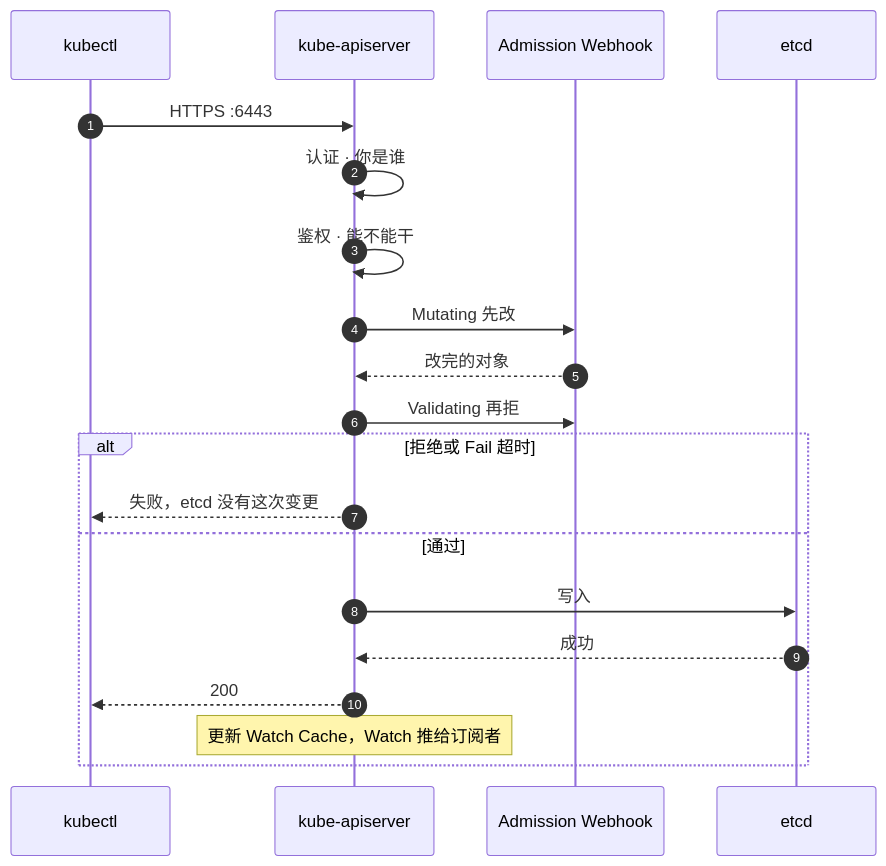
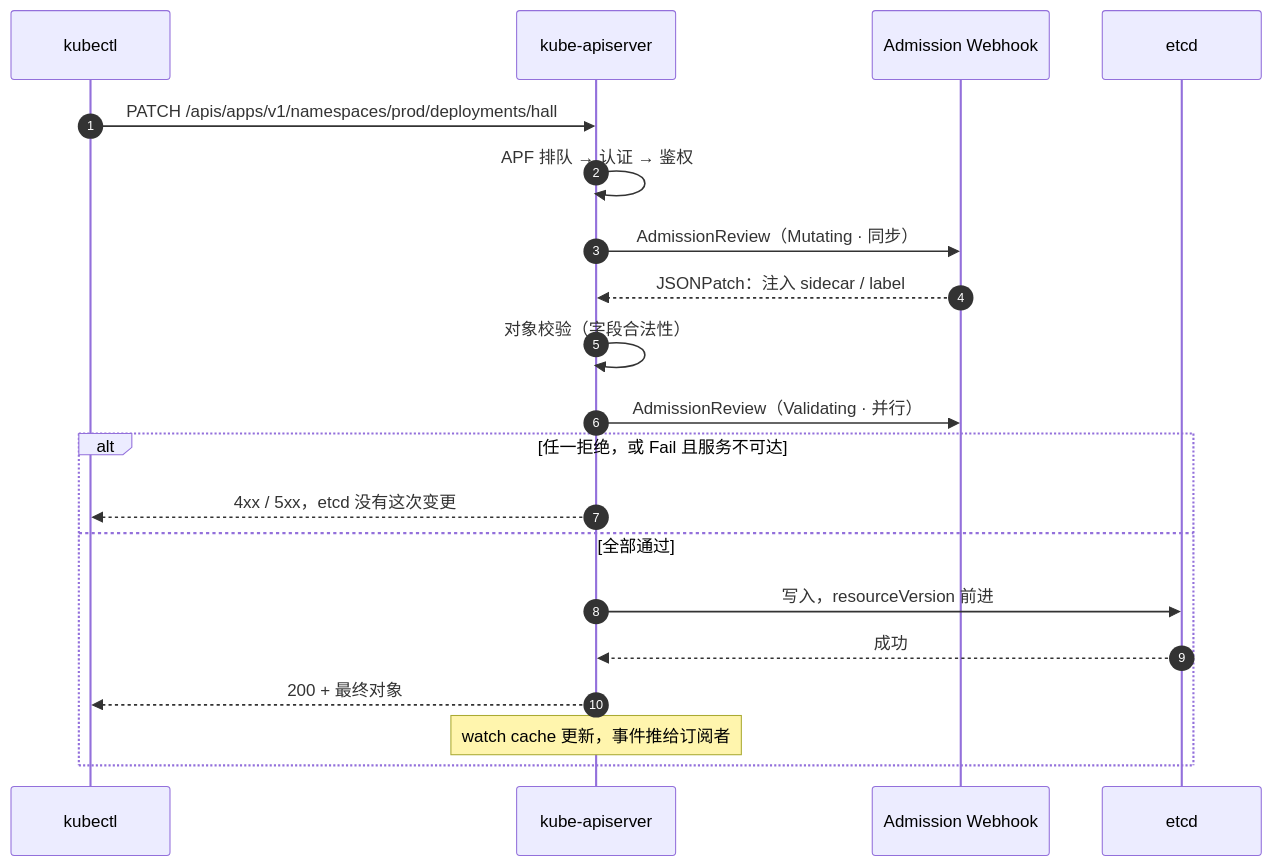
Before and after one commit to ml-cuizijun/LearnToLilith: the second of 6 diagrams in 03-Kubernetes/03-API-Server/知识点.md, drawn with Mermaid. The commit also changed other lines of this file and 470 other files, not shown here.

````diff
--- a/03-Kubernetes/03-API-Server/知识点.md
+++ b/03-Kubernetes/03-API-Server/知识点.md
@@ -220,23 +207,22 @@
 ```mermaid
 sequenceDiagram
     autonumber
     participant U as kubectl
     participant API as kube-apiserver
     participant W as Admission Webhook
     participant E as etcd
-
-    U->>API: HTTPS :6443
-    API->>API: 认证 · 你是谁
-    API->>API: 鉴权 · 能不能干
-    API->>W: Mutating 先改
-    W-->>API: 改完的对象
-    API->>W: Validating 再拒
-    alt 拒绝或 Fail 超时
-        API-->>U: 失败，etcd 没有这次变更
-    else 通过
-        API->>E: 写入
+    U->>API: PATCH /apis/apps/v1/namespaces/prod/deployments/hall
+    API->>API: APF 排队 → 认证 → 鉴权
+    API->>W: AdmissionReview（Mutating · 同步）
+    W-->>API: JSONPatch：注入 sidecar / label
+    API->>API: 对象校验（字段合法性）
+    API->>W: AdmissionReview（Validating · 并行）
+    alt 任一拒绝，或 Fail 且服务不可达
+        API-->>U: 4xx / 5xx，etcd 没有这次变更
+    else 全部通过
+        API->>E: 写入，resourceVersion 前进
         E-->>API: 成功
-        API-->>U: 200
-        Note over API: 更新 Watch Cache，Watch 推给订阅者
+        API-->>U: 200 + 最终对象
+        Note over API: watch cache 更新，事件推给订阅者
     end
 ```
````
